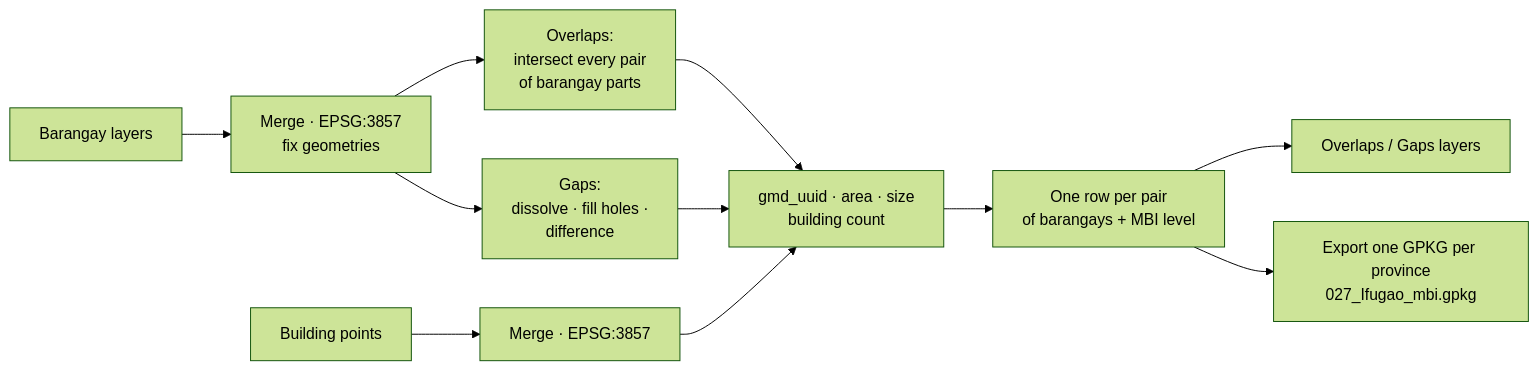
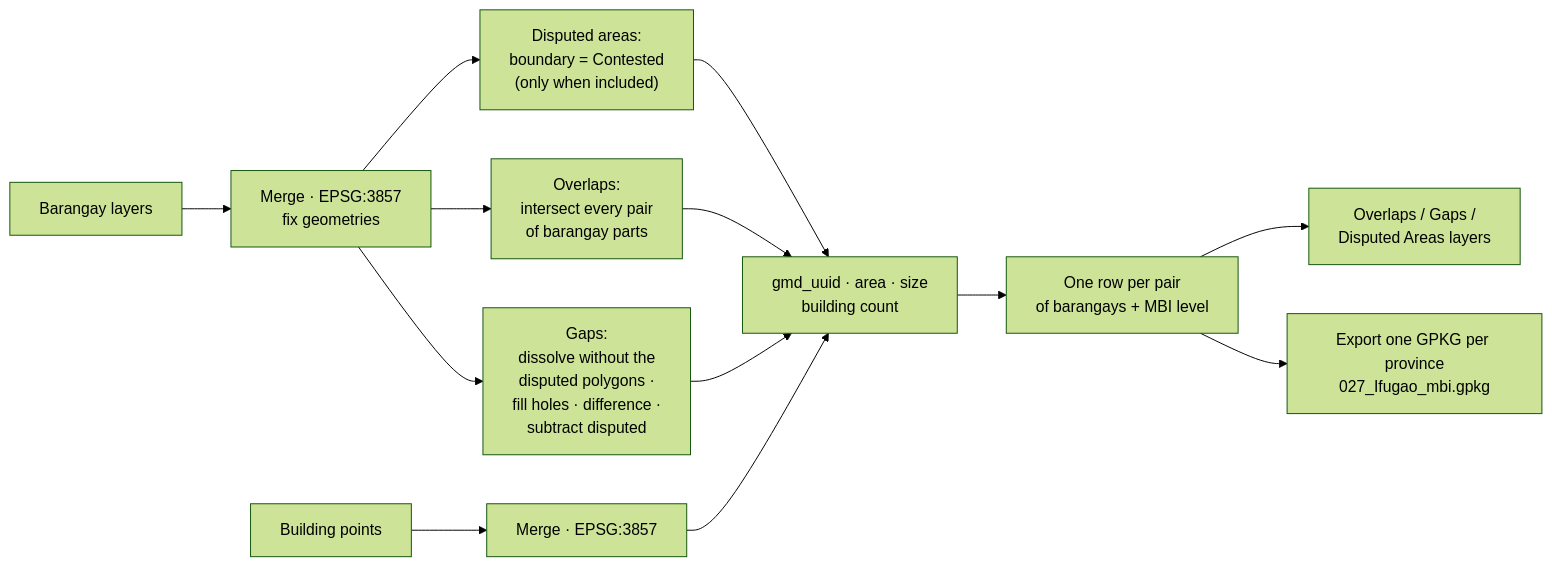
Before and after one commit to GMD-Repository/GMD_COProcessing: the diagram in docs/tools/national_mbi_checker.md, drawn with Mermaid (forest theme). The commit also changed other lines of this file and 5 other files, not shown here.

````diff
--- a/docs/tools/national_mbi_checker.md
+++ b/docs/tools/national_mbi_checker.md
@@ -32,13 +38,15 @@
 ```mermaid
 flowchart LR
     B[Barangay layers] --> M[Merge · EPSG:3857<br/>fix geometries]
     P[Building points] --> M2[Merge · EPSG:3857]
     M --> O[Overlaps:<br/>intersect every pair<br/>of barangay parts]
-    M --> G[Gaps:<br/>dissolve · fill holes ·<br/>difference]
+    M --> D["Disputed areas:<br/>boundary = Contested<br/>(only when included)"]
+    M --> G[Gaps:<br/>dissolve without the<br/>disputed polygons ·<br/>fill holes · difference ·<br/>subtract disputed]
+    D --> C
     O --> C[gmd_uuid · area · size<br/>building count]
     G --> C
     M2 --> C
     C --> R[One row per pair<br/>of barangays + MBI level]
-    R --> L[Overlaps / Gaps layers]
+    R --> L[Overlaps / Gaps /<br/>Disputed Areas layers]
     R --> X[Export one GPKG per province<br/>027_Ifugao_mbi.gpkg]
 ```
````
